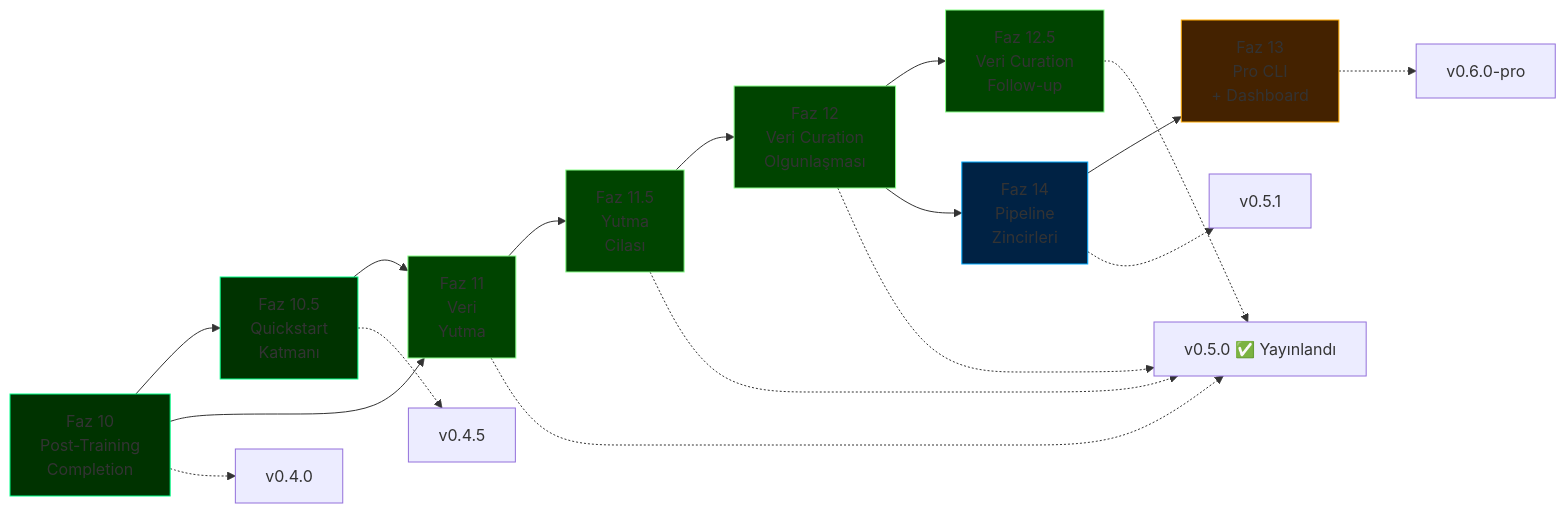
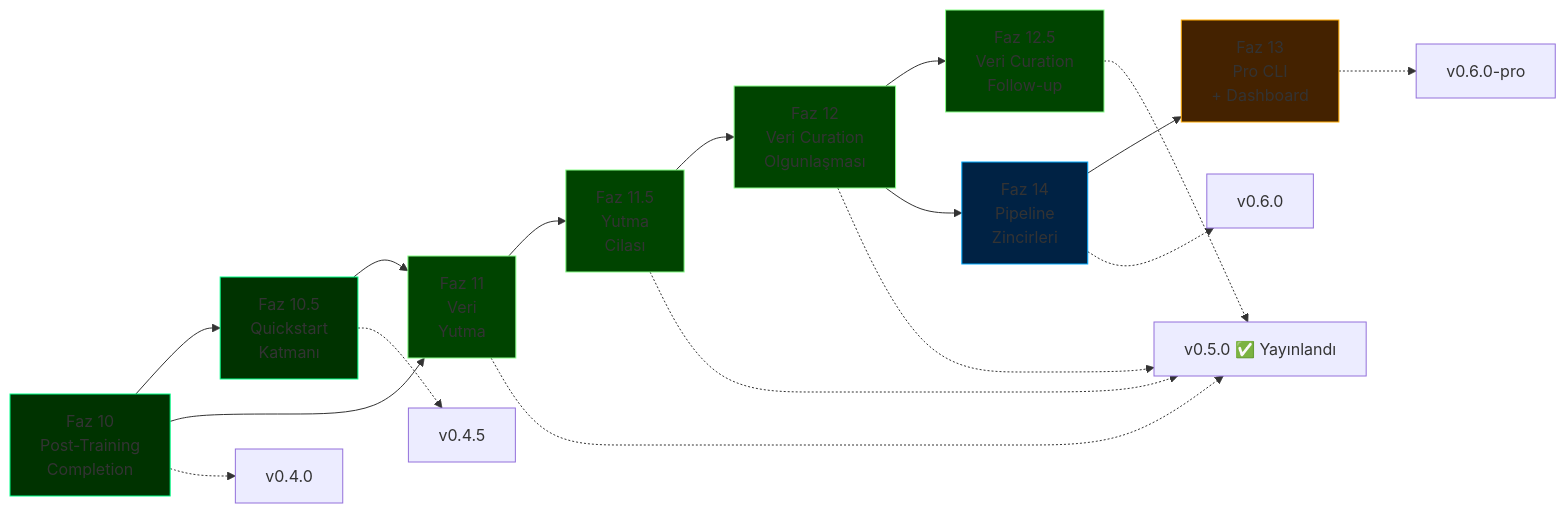
One commit to cemililik/ForgeLM changed the diagram in docs/roadmap-tr.md. Above: the diagram before and after it, drawn with Mermaid. The commit also changed other lines of this file and 19 other files, not shown here.

First line of the commit message:
docs(wave-5-tasks-defg): site v0.5.5 + README/CONTRIBUTING/CLAUDE/roadmap/standards final pass

````diff
--- a/docs/roadmap-tr.md
+++ b/docs/roadmap-tr.md
@@ -37,29 +39,29 @@
 ```mermaid
 graph LR
     P10[Faz 10<br/>Post-Training<br/>Completion] --> P105[Faz 10.5<br/>Quickstart<br/>Katmanı]
     P10 --> P11[Faz 11<br/>Veri<br/>Yutma]
     P105 --> P11
     P11 --> P115[Faz 11.5<br/>Yutma<br/>Cilası]
     P115 --> P12[Faz 12<br/>Veri Curation<br/>Olgunlaşması]
     P12 --> P125[Faz 12.5<br/>Veri Curation<br/>Follow-up]
     P12 --> P14[Faz 14<br/>Pipeline<br/>Zincirleri]
     P14 --> P13[Faz 13<br/>Pro CLI<br/>+ Dashboard]
 
     P10 -.-> V1[v0.4.0]
     P105 -.-> V15[v0.4.5]
     P11 -.-> V2[v0.5.0 ✅ Yayınlandı]
     P115 -.-> V2
     P12 -.-> V2
     P125 -.-> V2
-    P14 -.-> V23[v0.5.1]
+    P14 -.-> V23[v0.6.0]
     P13 -.-> V3[v0.6.0-pro]
 
     style P10 fill:#003300,stroke:#00ff88
     style P105 fill:#003300,stroke:#00ff88
     style P11 fill:#004400,stroke:#88ff88
     style P115 fill:#004400,stroke:#88ff88
     style P12 fill:#004400,stroke:#88ff88
     style P125 fill:#004400,stroke:#88ff88
     style P14 fill:#002244,stroke:#00aaff
     style P13 fill:#442200,stroke:#ffaa00
 ```
````
